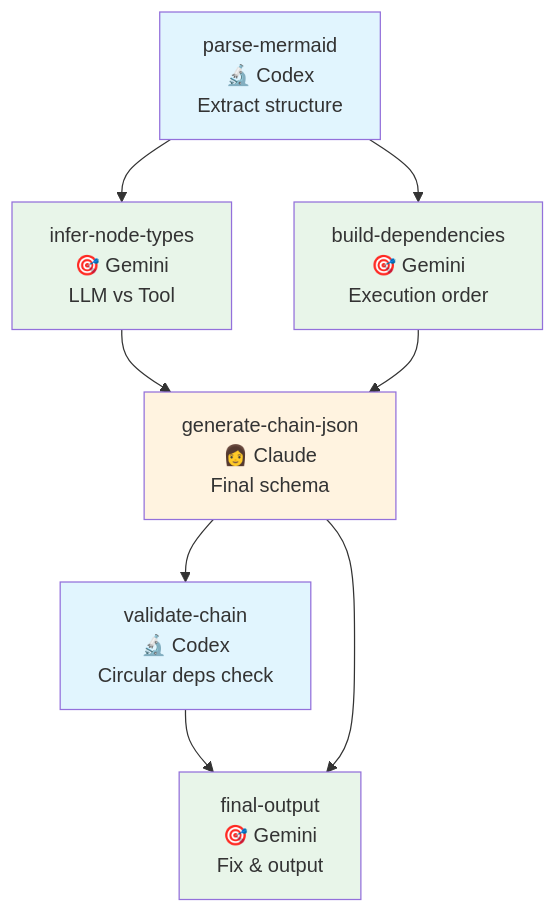
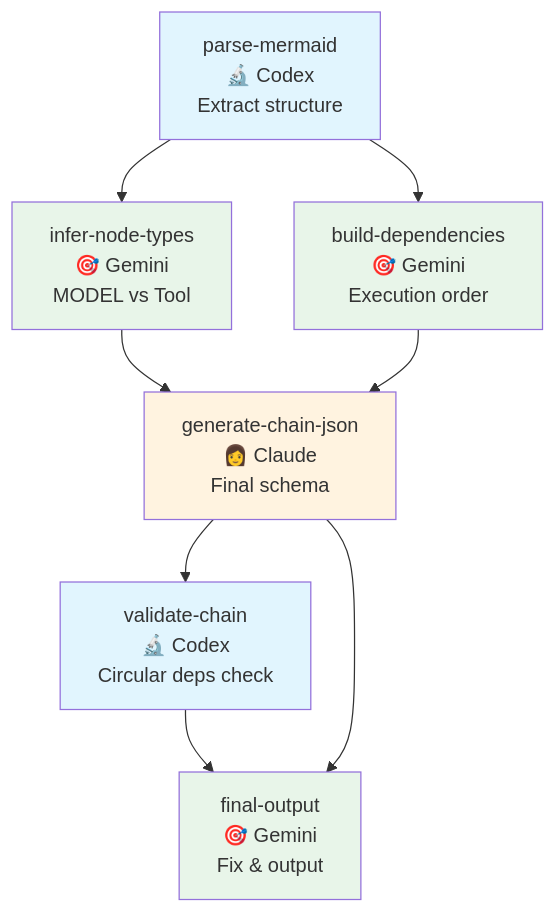
The seventh of 7 diagrams in data/chains/README.md (jeong-sik/masc), drawn with Mermaid before and after one commit. The commit also changed other lines of this file and 261 other files, not shown here.

````diff
--- a/data/chains/README.md
+++ b/data/chains/README.md
@@ -203,17 +203,17 @@
 ```mermaid
 graph TD
-    A[parse-mermaid<br/>🔬 Codex<br/>Extract structure] --> B[infer-node-types<br/>🎯 Gemini<br/>LLM vs Tool]
+    A[parse-mermaid<br/>🔬 Codex<br/>Extract structure] --> B[infer-node-types<br/>🎯 Gemini<br/>MODEL vs Tool]
     A --> C[build-dependencies<br/>🎯 Gemini<br/>Execution order]
     B --> D[generate-chain-json<br/>👩 Claude<br/>Final schema]
     C --> D
     D --> E[validate-chain<br/>🔬 Codex<br/>Circular deps check]
     E --> F[final-output<br/>🎯 Gemini<br/>Fix & output]
     D --> F
 
     style A fill:#e1f5fe
     style B fill:#e8f5e9
     style C fill:#e8f5e9
     style D fill:#fff3e0
     style E fill:#e1f5fe
     style F fill:#e8f5e9
 ```
````
